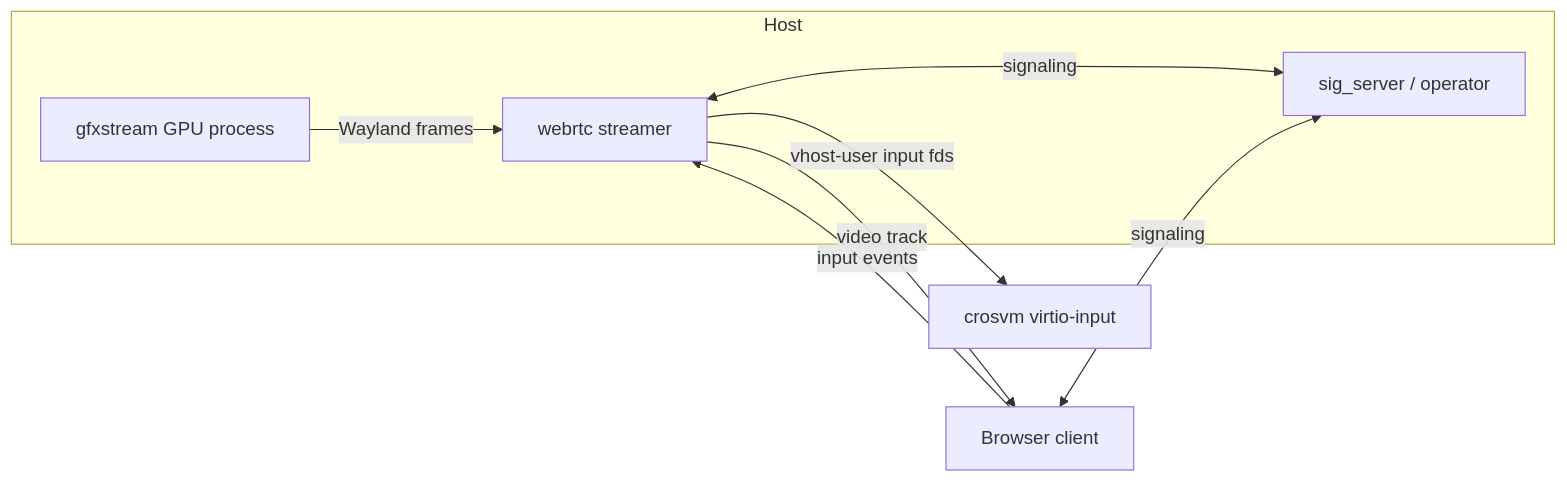
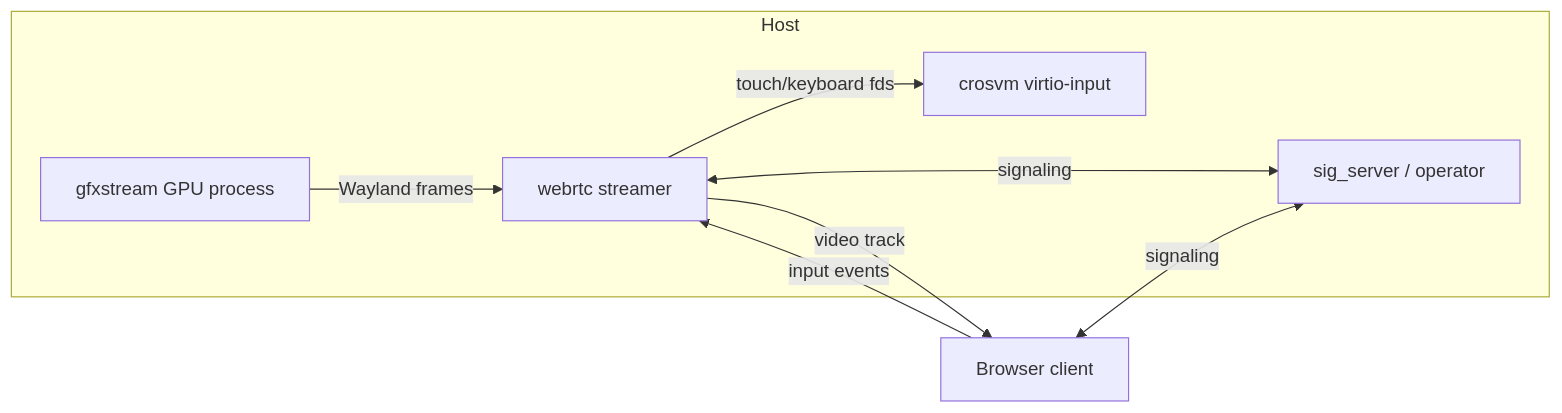
The eighth of 9 diagrams in 26-cuttlefish.md (aospbooks/android-emulator-internal-book), drawn with Mermaid before and after one commit. The commit also changed other lines of this file and 31 other files, not shown here.

````diff
--- a/26-cuttlefish.md
+++ b/26-cuttlefish.md
@@ -597,15 +597,16 @@
 ```mermaid
 flowchart LR
   subgraph HOST["Host"]
     GPU["gfxstream GPU process"]
     STR["webrtc streamer"]
     SIG["sig_server / operator"]
+    CROSVM["crosvm virtio-input"]
   end
   Browser["Browser client"]
   GPU -->|"Wayland frames"| STR
   STR -->|"video track"| Browser
   Browser -->|"input events"| STR
-  STR -->|"vhost-user input fds"| CROSVM["crosvm virtio-input"]
+  STR -->|"touch/keyboard fds"| CROSVM
   STR <-->|"signaling"| SIG
   Browser <-->|"signaling"| SIG
 ```
````
